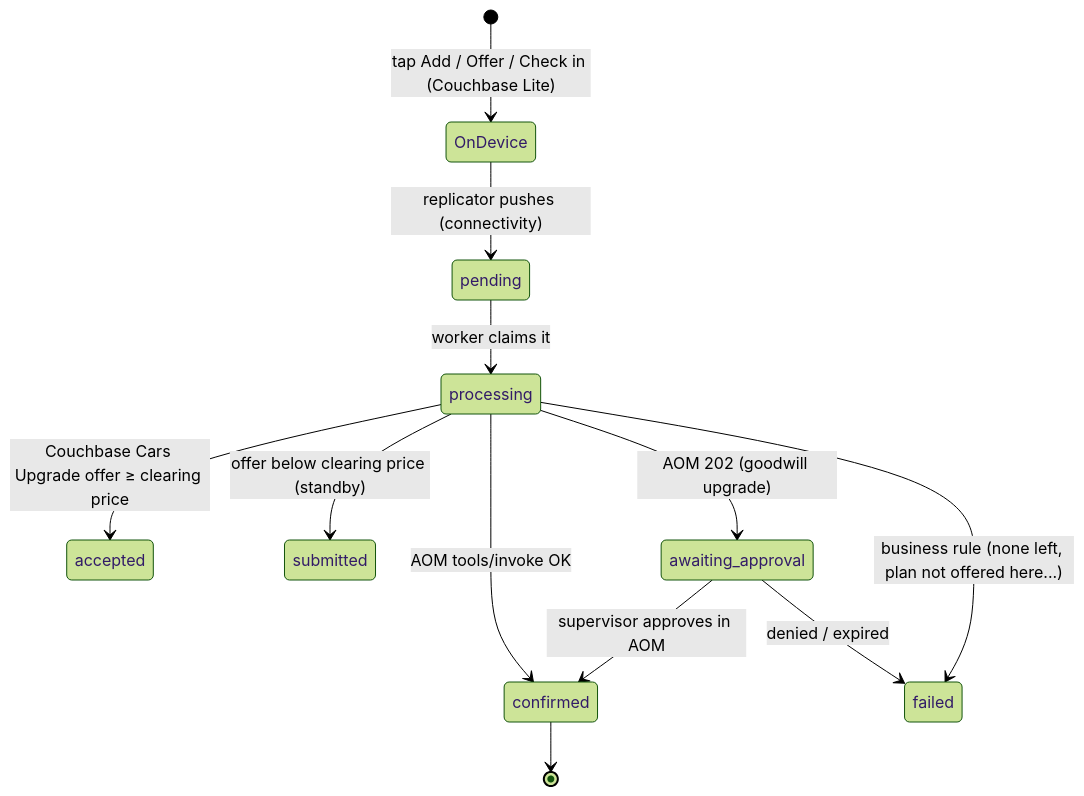
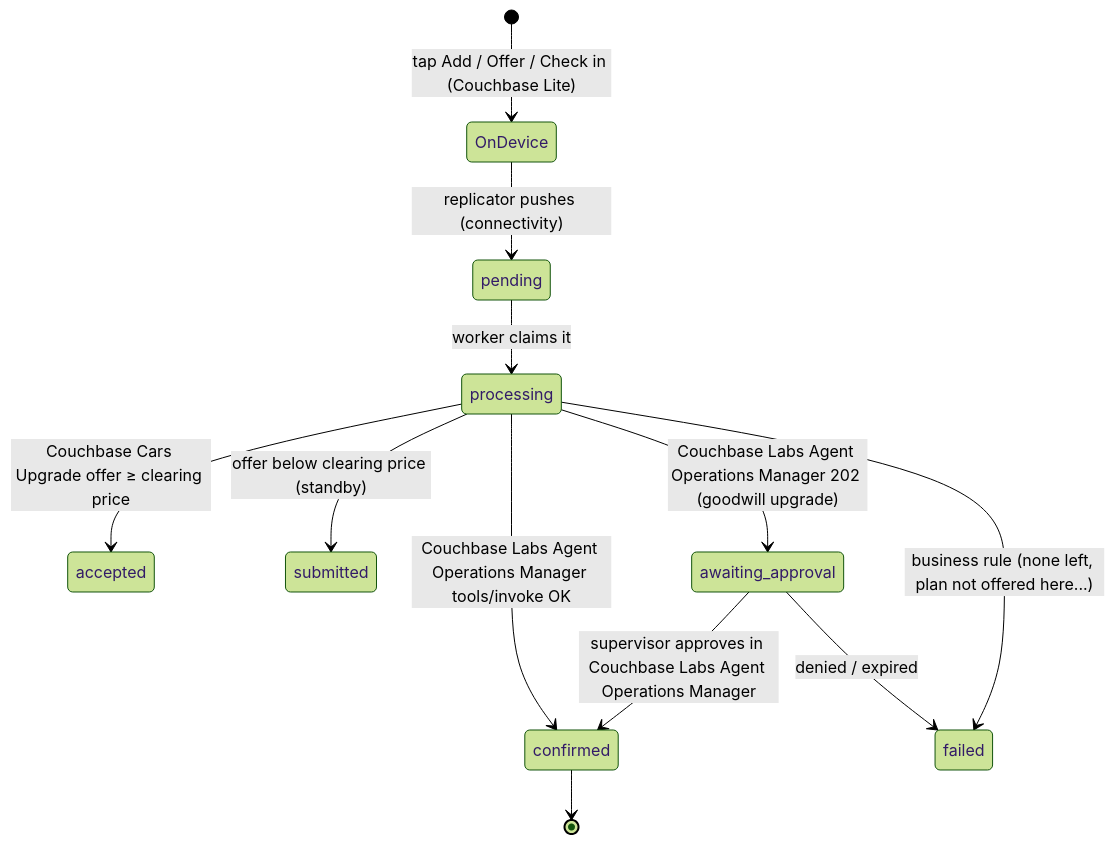
Before and after one commit to Couchbase-Field-Engineering/couchbase-cars-mobile-ai-personalization-demo: the third of 3 diagrams in README.md, drawn with Mermaid (forest theme). The commit also changed other lines of this file and 12 other files, not shown here.

First line of the commit message:
Use the Couchbase Labs Agent Operations Manager name

````diff
--- a/README.md
+++ b/README.md
@@ -162,14 +162,14 @@
 ```mermaid
 stateDiagram-v2
   [*] --> OnDevice: tap Add / Offer / Check in (Couchbase Lite)
   OnDevice --> pending: replicator pushes (connectivity)
   pending --> processing: worker claims it
-  processing --> confirmed: AOM tools/invoke OK
+  processing --> confirmed: Couchbase Labs Agent Operations Manager tools/invoke OK
   processing --> accepted: Couchbase Cars Upgrade offer ≥ clearing price
   processing --> submitted: offer below clearing price (standby)
-  processing --> awaiting_approval: AOM 202 (goodwill upgrade)
-  awaiting_approval --> confirmed: supervisor approves in AOM
+  processing --> awaiting_approval: Couchbase Labs Agent Operations Manager 202 (goodwill upgrade)
+  awaiting_approval --> confirmed: supervisor approves in Couchbase Labs Agent Operations Manager
   awaiting_approval --> failed: denied / expired
   processing --> failed: business rule (none left, plan not offered here...)
   confirmed --> [*]
 ```
````
